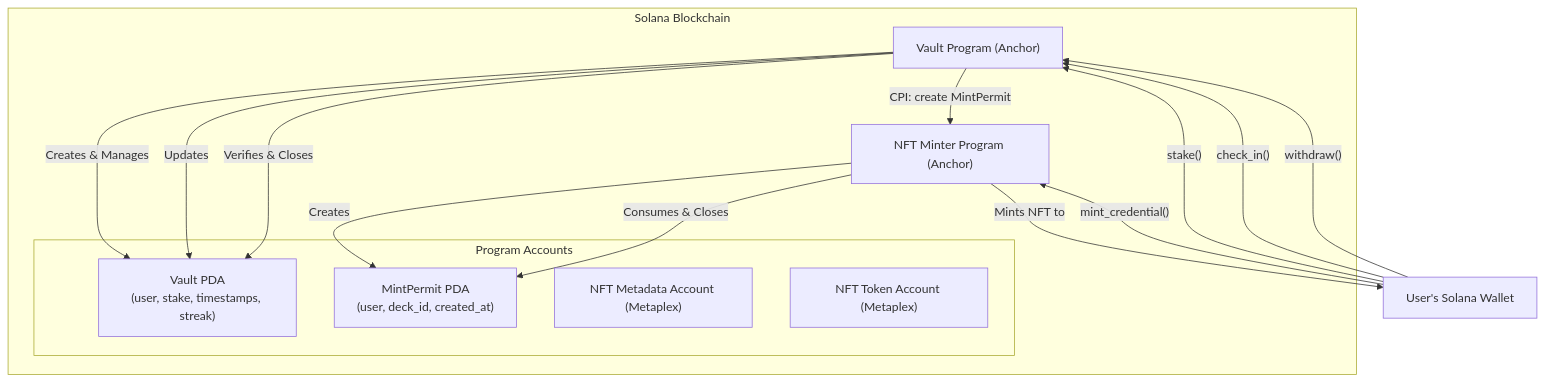
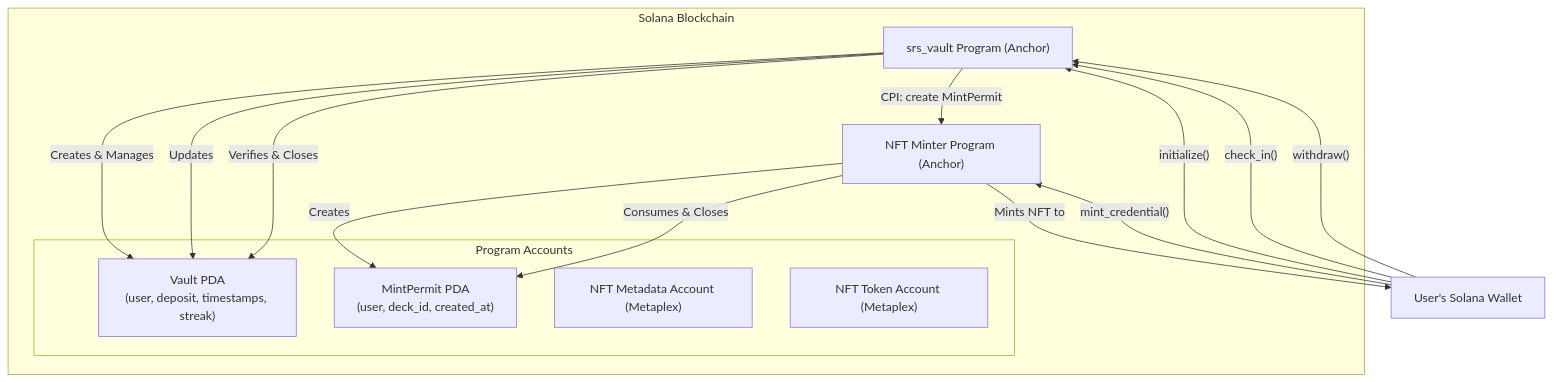
One commit to indralukmana/turbin3_Q3_indralukmana_capstone changed the first of 2 diagrams in docs/architecture.md. Above: the diagram before and after it, drawn with Mermaid. The commit also changed other lines of this file and 10 other files, not shown here.

````diff
--- a/docs/architecture.md
+++ b/docs/architecture.md
@@ -32,31 +45,31 @@
 ```mermaid
 graph TD
     subgraph "Solana Blockchain"
-        VaultProgram["Vault Program (Anchor)"]
+        VaultProgram["srs_vault Program (Anchor)"]
         NFTMinterProgram["NFT Minter Program (Anchor)"]
-        
+
         subgraph "Program Accounts"
-            VaultPDA["Vault PDA\n(user, stake, timestamps, streak)"]
+            VaultPDA["Vault PDA\n(user, deposit, timestamps, streak)"]
             MintPermitPDA["MintPermit PDA\n(user, deck_id, created_at)"]
             NFTMetadata["NFT Metadata Account (Metaplex)"]
             NFTTokenAccount["NFT Token Account (Metaplex)"]
         end
     end
 
     UserWallet["User's Solana Wallet"]
 
-    UserWallet -- "stake()" --> VaultProgram
+    UserWallet -- "initialize()" --> VaultProgram
     VaultProgram -- "Creates & Manages" --> VaultPDA
 
     UserWallet -- "check_in()" --> VaultProgram
     VaultProgram -- "Updates" --> VaultPDA
 
     UserWallet -- "withdraw()" --> VaultProgram
     VaultProgram -- "Verifies & Closes" --> VaultPDA
     VaultProgram -- "CPI: create MintPermit" --> NFTMinterProgram
     NFTMinterProgram -- "Creates" --> MintPermitPDA
 
     UserWallet -- "mint_credential()" --> NFTMinterProgram
     NFTMinterProgram -- "Consumes & Closes" --> MintPermitPDA
     NFTMinterProgram -- "Mints NFT to" --> UserWallet
 ```
````
